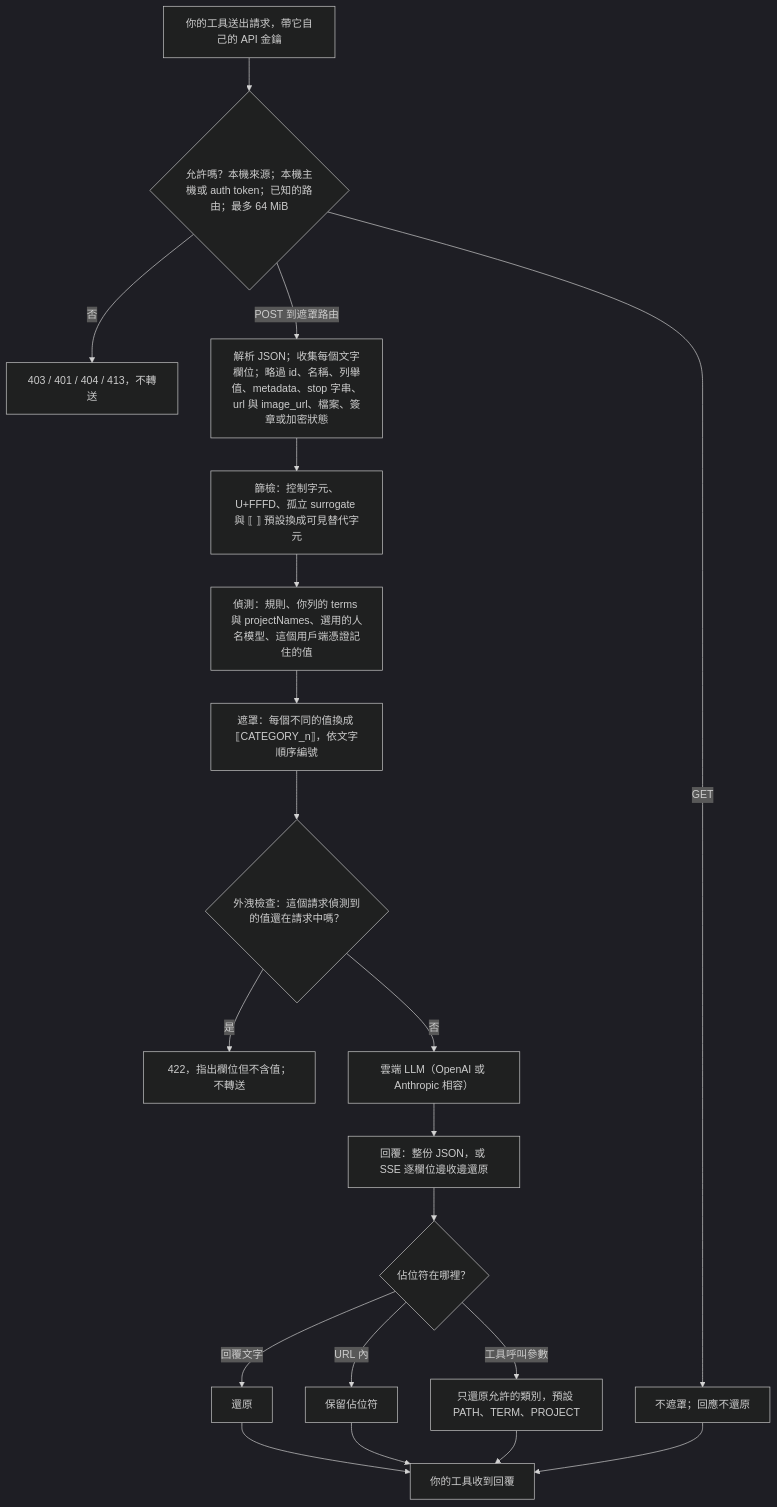
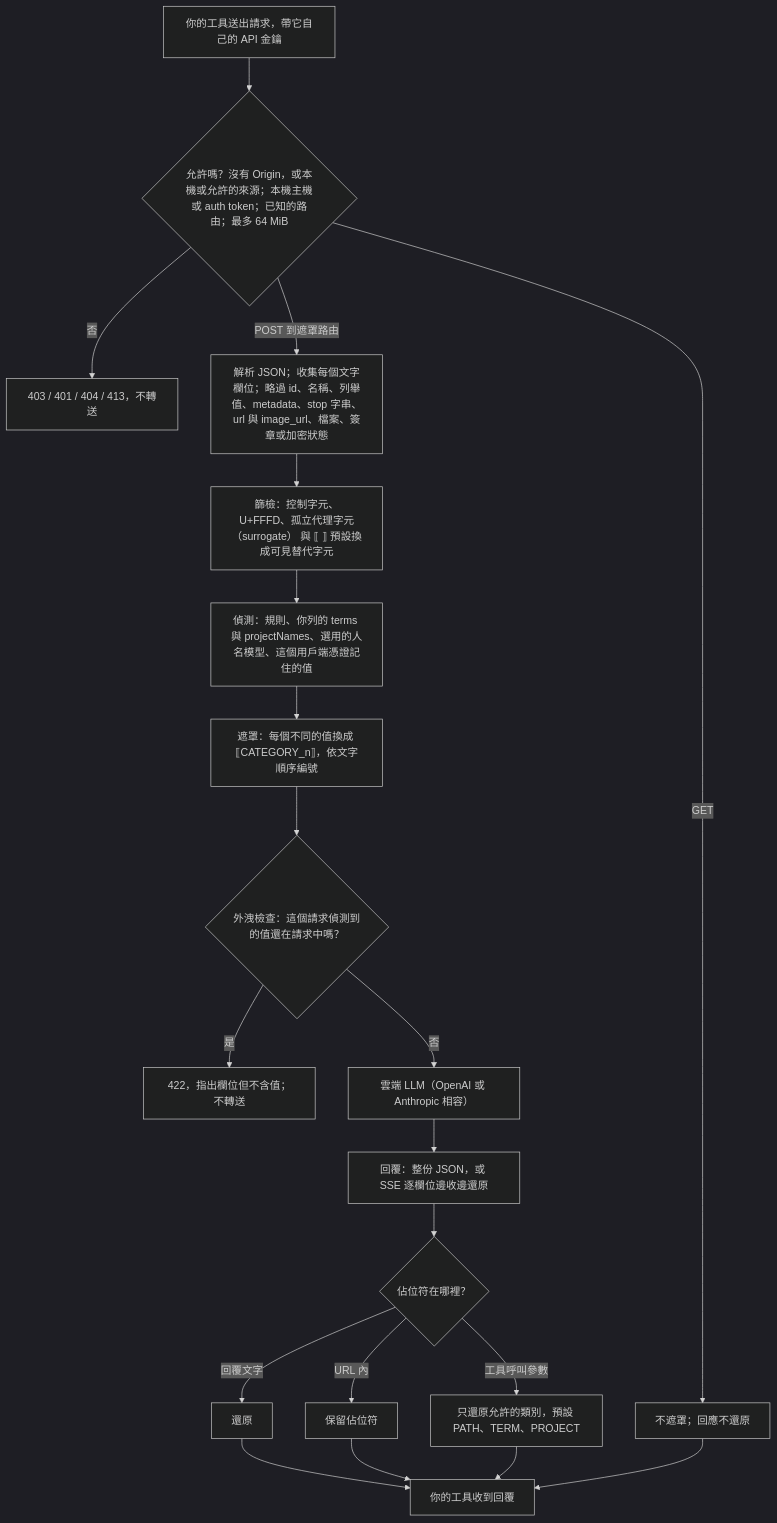
The diagram in README.zh-TW.md (Exestence/redaction-proxy), drawn with Mermaid (dark theme) before and after one commit. The commit also changed other lines of this file and 4 other files, not shown here.

````diff
--- a/README.zh-TW.md
+++ b/README.zh-TW.md
@@ -147,22 +147,22 @@
 ```mermaid
 flowchart TD
-  A["你的工具送出請求，帶它自己的 API 金鑰"] --> B{"允許嗎？本機來源；本機主機或 auth token；已知的路由；最多 64 MiB"}
+  A["你的工具送出請求，帶它自己的 API 金鑰"] --> B{"允許嗎？沒有 Origin，或本機或允許的來源；本機主機或 auth token；已知的路由；最多 64 MiB"}
   B -- "否" --> B2["403 / 401 / 404 / 413，不轉送"]
   B -- "GET" --> P["不遮罩；回應不還原"]
   B -- "POST 到遮罩路由" --> C["解析 JSON；收集每個文字欄位；略過 id、名稱、列舉值、metadata、stop 字串、url 與 image_url、檔案、簽章或加密狀態"]
-  C --> S["篩檢：控制字元、U+FFFD、孤立 surrogate 與 ⟦ ⟧ 預設換成可見替代字元"]
+  C --> S["篩檢：控制字元、U+FFFD、孤立代理字元（surrogate） 與 ⟦ ⟧ 預設換成可見替代字元"]
   S --> D["偵測：規則、你列的 terms 與 projectNames、選用的人名模型、這個用戶端憑證記住的值"]
   D --> E["遮罩：每個不同的值換成 ⟦CATEGORY_n⟧，依文字順序編號"]
   E --> F{"外洩檢查：這個請求偵測到的值還在請求中嗎？"}
   F -- "是" --> F2["422，指出欄位但不含值；不轉送"]
   F -- "否" --> U["雲端 LLM（OpenAI 或 Anthropic 相容）"]
   U --> R["回覆：整份 JSON，或 SSE 逐欄位邊收邊還原"]
   R --> G{"佔位符在哪裡？"}
   G -- "回覆文字" --> G1["還原"]
   G -- "URL 內" --> G2["保留佔位符"]
   G -- "工具呼叫參數" --> G3["只還原允許的類別，預設 PATH、TERM、PROJECT"]
   G1 --> Z["你的工具收到回覆"]
   G2 --> Z
   G3 --> Z
   P --> Z
 ```
````
